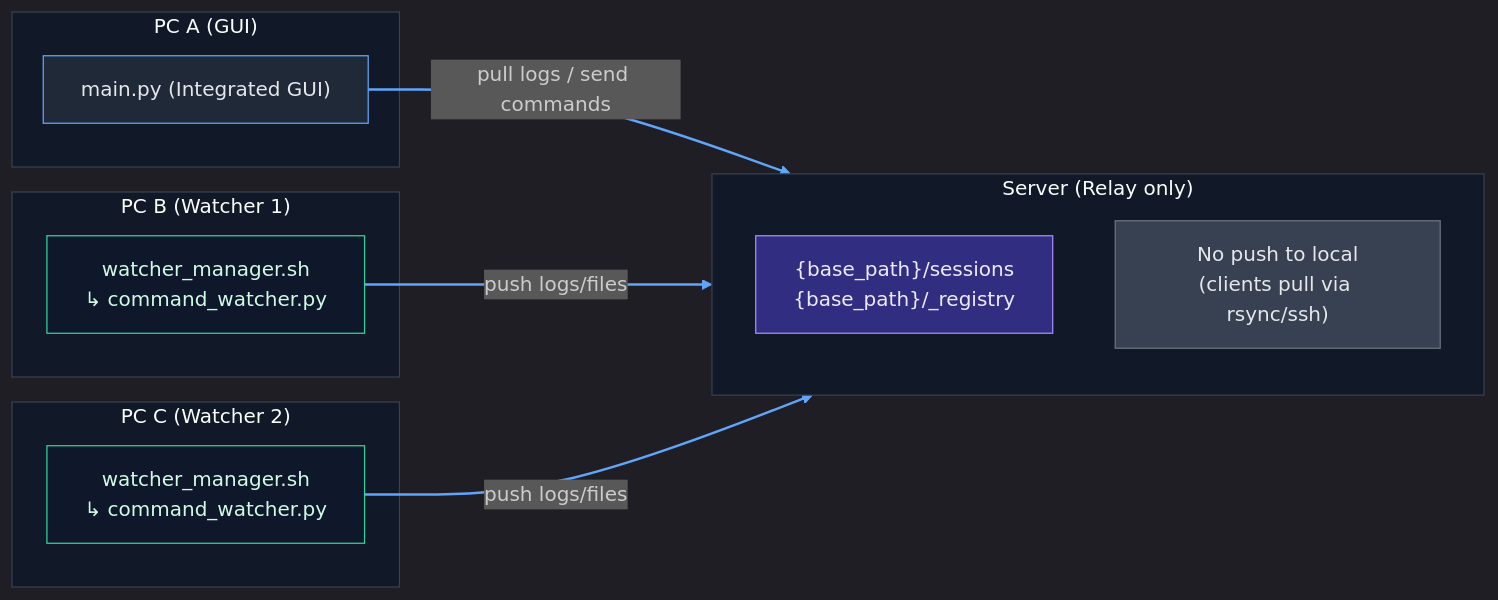
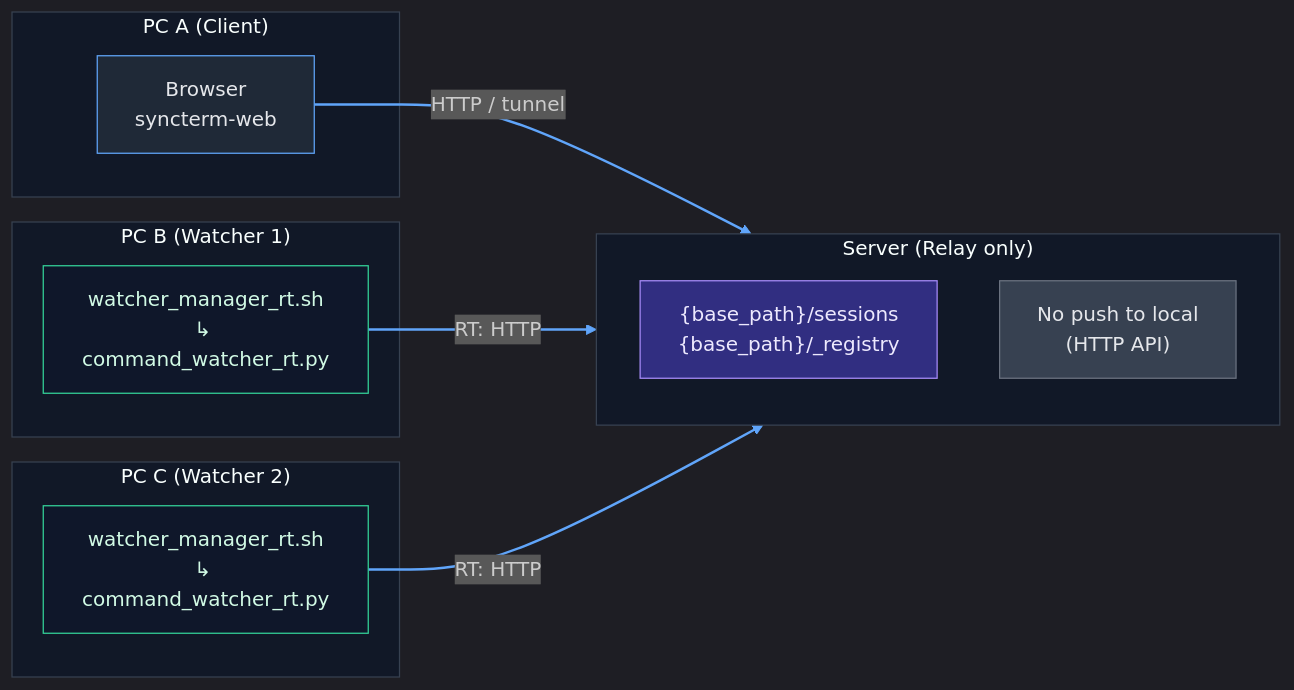
Before and after one commit to ri0097fx/SyncTerm-IDE: the diagram in README.md, drawn with Mermaid. The commit also changed other lines of this file and 29 other files, not shown here.

````diff
--- a/README.md
+++ b/README.md
@@ -39,41 +27,41 @@
 ```mermaid
 %%{init: {"theme": "dark"}}%%
 flowchart LR
-  subgraph A["PC A (GUI)"]
-    GUI["main.py (Integrated GUI)"]
+  subgraph A["PC A (Client)"]
+    WEB["Browser<br/>syncterm-web"]
   end
 
   subgraph S["Server (Relay only)"]
     STORE["{base_path}/sessions<br/>{base_path}/_registry"]
-    NOTE["No push to local<br/>(clients pull via rsync/ssh)"]
+    NOTE["No push to local<br/>(HTTP API)"]
   end
 
   subgraph B["PC B (Watcher 1)"]
-    W1["watcher_manager.sh<br/>↳ command_watcher.py"]
+    W1["watcher_manager_rt.sh<br/>↳ command_watcher_rt.py"]
   end
 
   subgraph C["PC C (Watcher 2)"]
-    W2["watcher_manager.sh<br/>↳ command_watcher.py"]
+    W2["watcher_manager_rt.sh<br/>↳ command_watcher_rt.py"]
   end
 
-  GUI -->|pull logs / send commands| S
-  W1  -->|push logs/files| S
-  W2  -->|push logs/files| S
+  WEB -->|HTTP / tunnel| S
+  W1  -->|RT: HTTP| S
+  W2  -->|RT: HTTP| S
 
   classDef local   fill:#1f2937,stroke:#60a5fa,color:#e5e7eb;
   classDef watcher fill:#0f172a,stroke:#34d399,color:#d1fae5;
   classDef storage fill:#312e81,stroke:#a78bfa,color:#ede9fe;
   classDef note    fill:#374151,stroke:#6b7280,color:#e5e7eb;
 
-  class GUI local
+  class WEB local
   class W1,W2 watcher
   class STORE storage
   class NOTE note
 
   style A fill:#111827,stroke:#374151,stroke-width:1px
   style B fill:#111827,stroke:#374151,stroke-width:1px
   style C fill:#111827,stroke:#374151,stroke-width:1px
   style S fill:#111827,stroke:#374151,stroke-width:1px
 
   linkStyle default stroke:#60a5fa,stroke-width:2px
 ```
````
